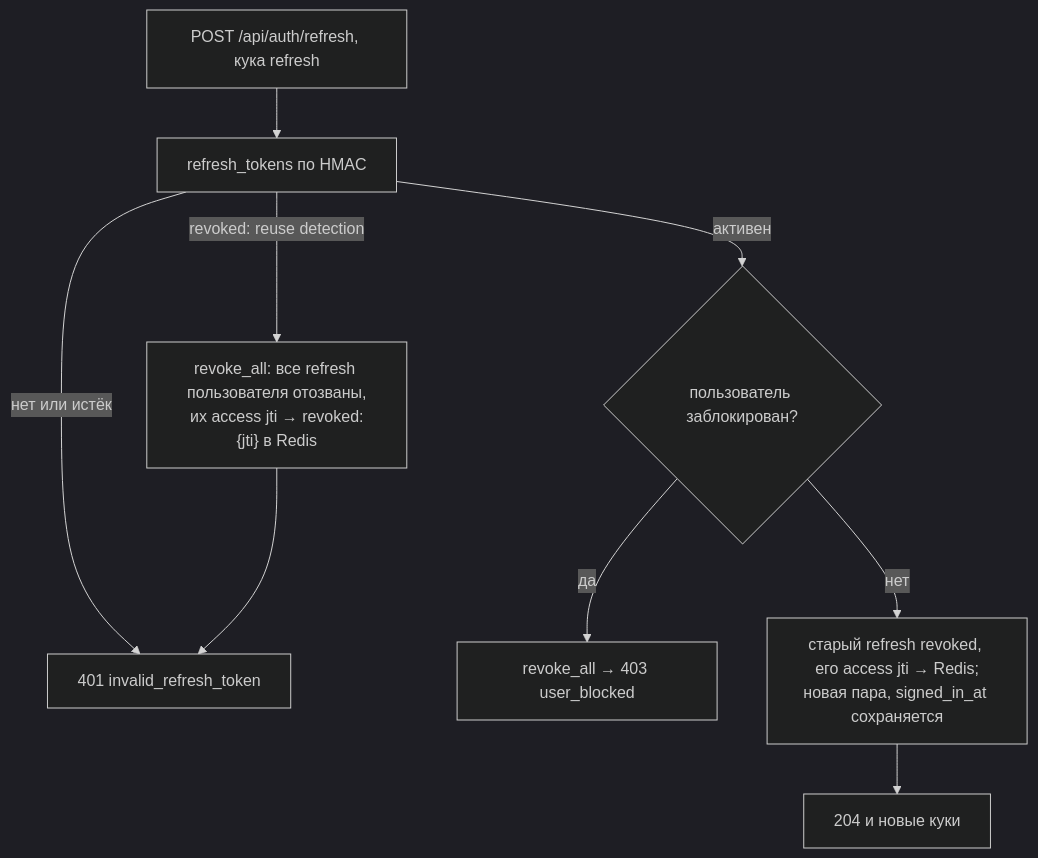
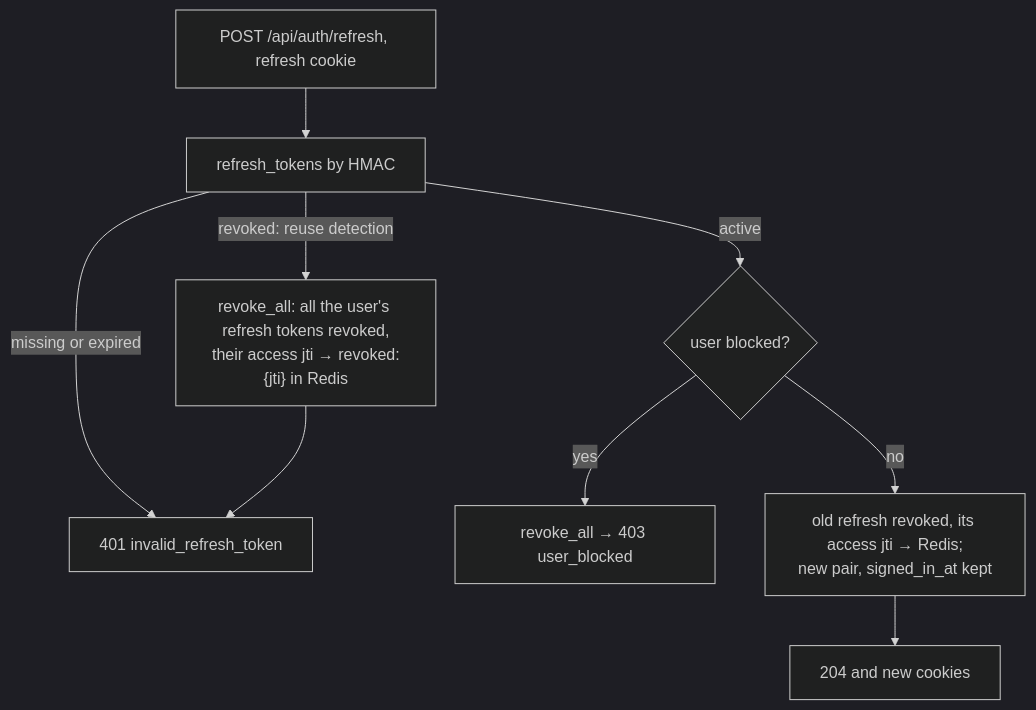
One commit to NikitkaZXC/tcloud-backend changed the second of 3 diagrams in docs/flows/users.md. Above: the diagram before and after it, drawn with Mermaid (dark theme). The commit also changed other lines of this file and 20 other files, not shown here.

````diff
--- a/docs/flows/users.md
+++ b/docs/flows/users.md
@@ -72,9 +72,9 @@
 ```mermaid
 flowchart TD
-    r["POST /api/auth/refresh, кука refresh"] --> h["refresh_tokens по HMAC"]
-    h -->|"нет или истёк"| e401["401 invalid_refresh_token"]
-    h -->|"revoked: reuse detection"| reuse["revoke_all: все refresh пользователя отозваны,<br/>их access jti → revoked:{jti} в Redis"] --> e401
-    h -->|активен| b{"пользователь заблокирован?"}
-    b -->|да| blk["revoke_all → 403 user_blocked"]
-    b -->|нет| rot["старый refresh revoked, его access jti → Redis;<br/>новая пара, signed_in_at сохраняется"] --> ok["204 и новые куки"]
+    r["POST /api/auth/refresh, refresh cookie"] --> h["refresh_tokens by HMAC"]
+    h -->|"missing or expired"| e401["401 invalid_refresh_token"]
+    h -->|"revoked: reuse detection"| reuse["revoke_all: all the user's refresh tokens revoked,<br/>their access jti → revoked:{jti} in Redis"] --> e401
+    h -->|active| b{"user blocked?"}
+    b -->|yes| blk["revoke_all → 403 user_blocked"]
+    b -->|no| rot["old refresh revoked, its access jti → Redis;<br/>new pair, signed_in_at kept"] --> ok["204 and new cookies"]
 ```
````
